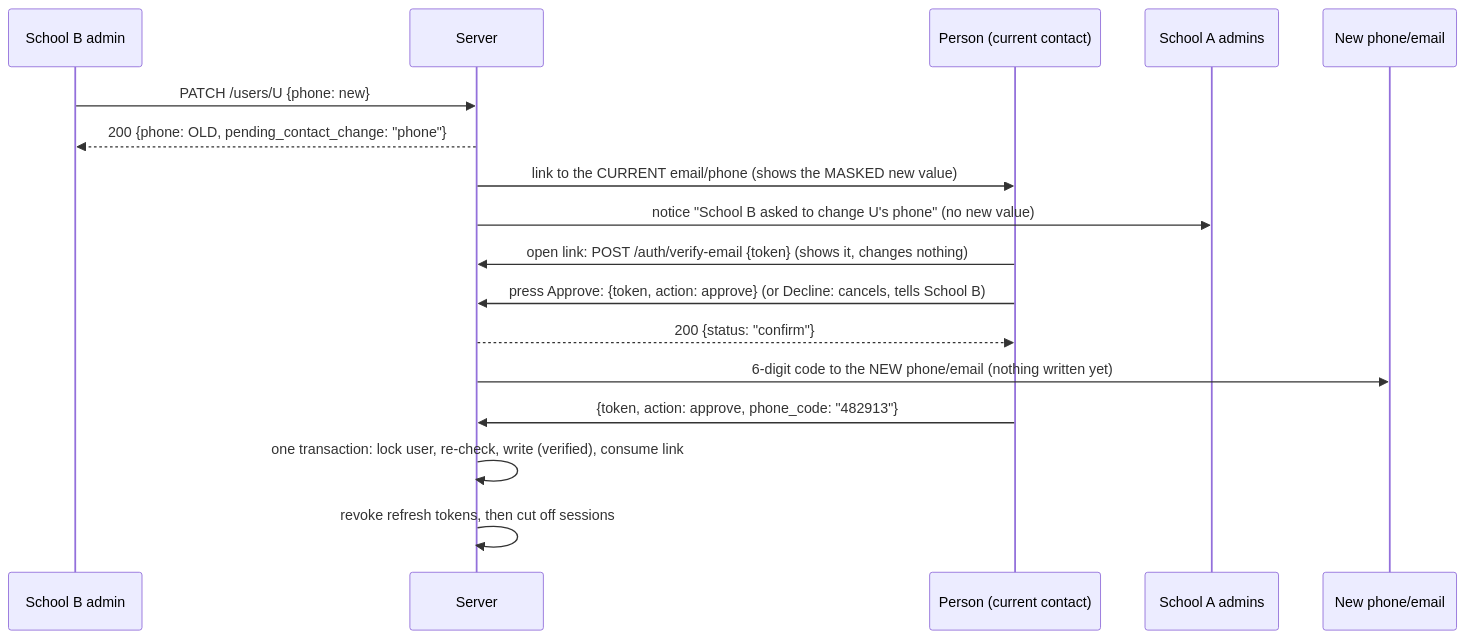
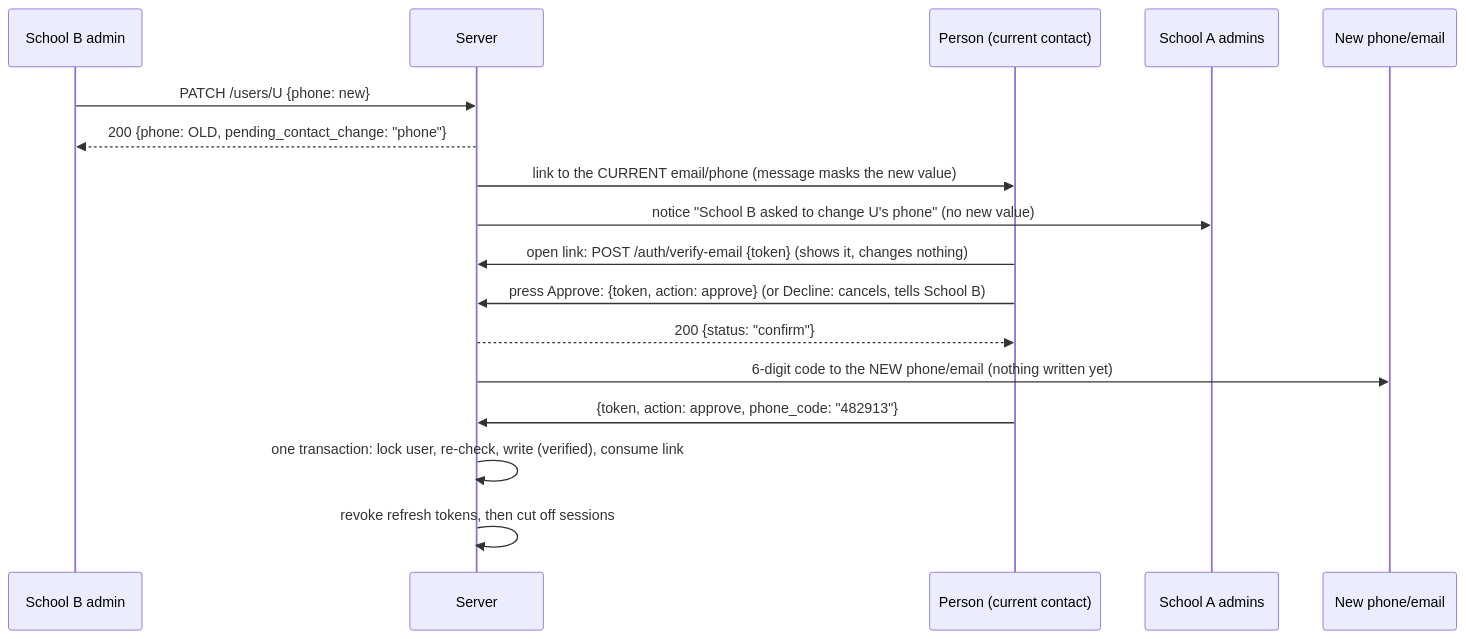
The fourth of 10 diagrams in docs/architecture/08-security.md (tareq89/biddaloy), drawn with Mermaid before and after one commit. The commit also changed other lines of this file and 7 other files, not shown here.

First line of the commit message:
[75.1] feat: the approval page shows the proposed value in full (D25)

````diff
--- a/docs/architecture/08-security.md
+++ b/docs/architecture/08-security.md
@@ -192,19 +192,19 @@
 ```mermaid
 sequenceDiagram
   participant A as School B admin
   participant S as Server
   participant U as Person (current contact)
   participant O as School A admins
   participant N as New phone/email
   A->>S: PATCH /users/U {phone: new}
   S-->>A: 200 {phone: OLD, pending_contact_change: "phone"}
-  S->>U: link to the CURRENT email/phone (shows the MASKED new value)
+  S->>U: link to the CURRENT email/phone (message masks the new value)
   S->>O: notice "School B asked to change U's phone" (no new value)
   U->>S: open link: POST /auth/verify-email {token} (shows it, changes nothing)
   U->>S: press Approve: {token, action: approve} (or Decline: cancels, tells School B)
   S-->>U: 200 {status: "confirm"}
   S->>N: 6-digit code to the NEW phone/email (nothing written yet)
   U->>S: {token, action: approve, phone_code: "482913"}
   S->>S: one transaction: lock user, re-check, write (verified), consume link
   S->>S: revoke refresh tokens, then cut off sessions
 ```
````
